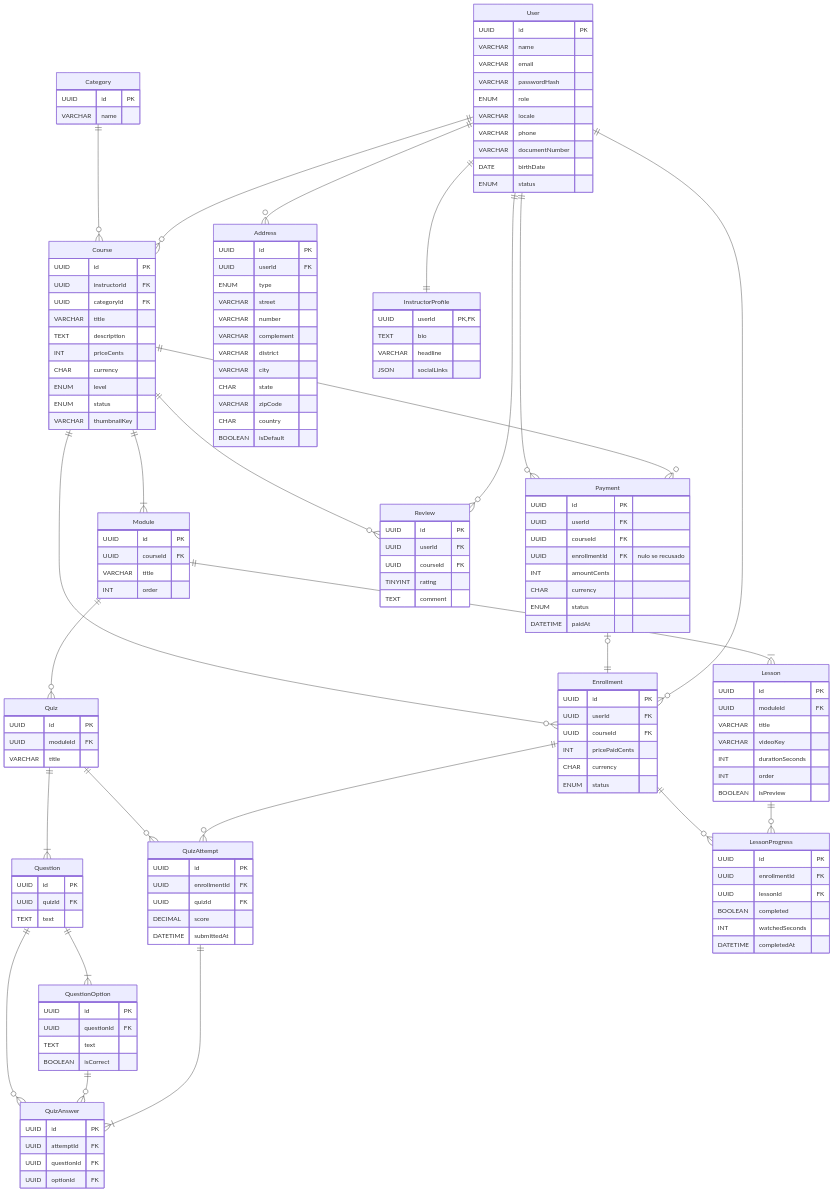
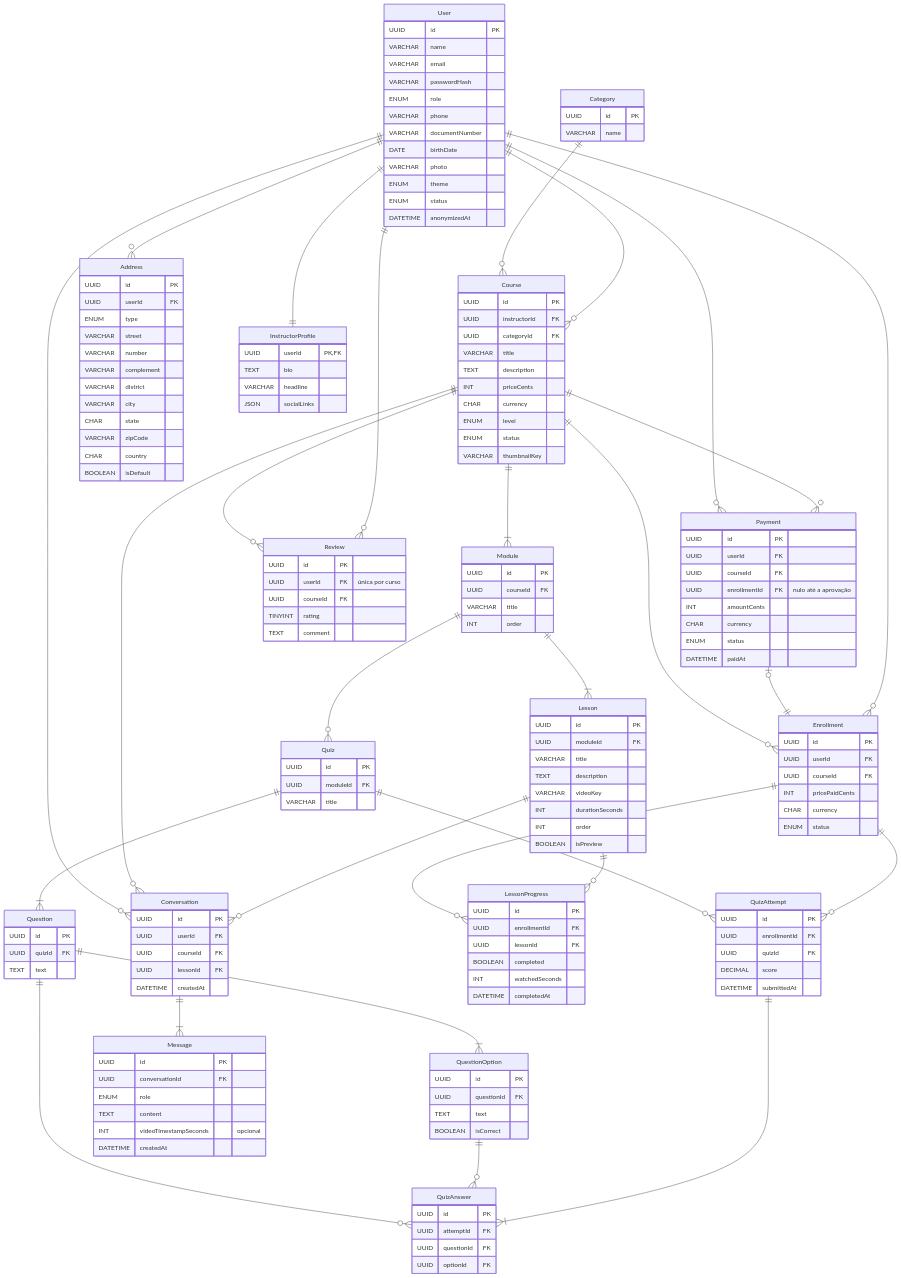
The first of 3 diagrams in docs/tdd.md (Plataforma-de-Cursos-TCC/plataforma-cursos-docs), drawn with Mermaid before and after one commit. The commit also changed other lines of this file and 7 other files, not shown here.

````diff
--- a/docs/tdd.md
+++ b/docs/tdd.md
@@ -55,6 +57,10 @@
     User ||--o{ Review : ""
     User ||--o{ Address : ""
     User ||--|| InstructorProfile : ""
+    User ||--o{ Conversation : ""
+    Course ||--o{ Conversation : ""
+    Lesson ||--o{ Conversation : ""
+    Conversation ||--|{ Message : ""
 
     User {
         UUID id PK
@@ -62,11 +68,13 @@
         VARCHAR email
         VARCHAR passwordHash
         ENUM role
-        VARCHAR locale
         VARCHAR phone
         VARCHAR documentNumber
         DATE birthDate
+        VARCHAR photo
+        ENUM theme
         ENUM status
+        DATETIME anonymizedAt
     }
     Address {
         UUID id PK
@@ -114,6 +122,7 @@
         UUID id PK
         UUID moduleId FK
         VARCHAR title
+        TEXT description
         VARCHAR videoKey
         INT durationSeconds
         INT order
@@ -168,7 +177,7 @@
         UUID id PK
         UUID userId FK
         UUID courseId FK
-        UUID enrollmentId FK "nulo se recusado"
+        UUID enrollmentId FK "nulo até a aprovação"
         INT amountCents
         CHAR currency
         ENUM status
@@ -176,9 +185,24 @@
     }
     Review {
         UUID id PK
-        UUID userId FK
+        UUID userId FK "única por curso"
         UUID courseId FK
         TINYINT rating
         TEXT comment
     }
+    Conversation {
+        UUID id PK
+        UUID userId FK
+        UUID courseId FK
+        UUID lessonId FK
+        DATETIME createdAt
+    }
+    Message {
+        UUID id PK
+        UUID conversationId FK
+        ENUM role
+        TEXT content
+        INT videoTimestampSeconds "opcional"
+        DATETIME createdAt
+    }
 ```
````
